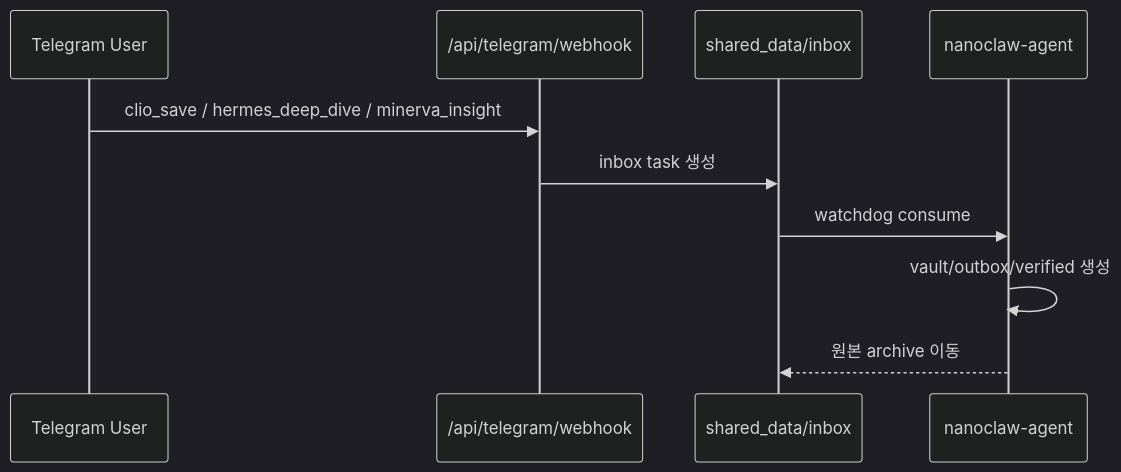
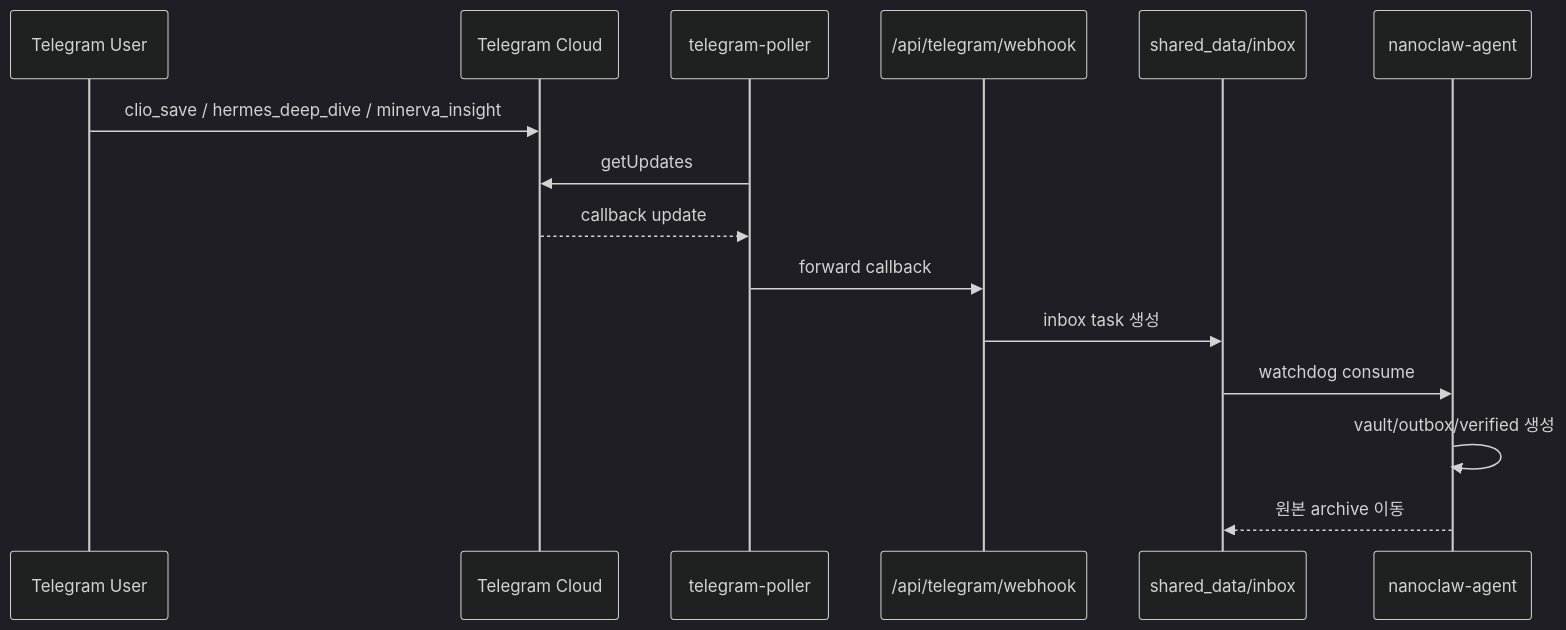
The fourth of 5 diagrams in docs/ARCHITECTURE.md (Merchantlee99/Personal-AI-agent-v2), drawn with Mermaid (dark theme) before and after one commit. The commit also changed other lines of this file and 136 other files, not shown here.

````diff
--- a/docs/ARCHITECTURE.md
+++ b/docs/ARCHITECTURE.md
@@ -100,13 +118,18 @@
 ```mermaid
 sequenceDiagram
   participant U as Telegram User
+  participant T as Telegram Cloud
+  participant TP as telegram-poller
   participant W as /api/telegram/webhook
   participant I as shared_data/inbox
   participant A as nanoclaw-agent
 
-  U->>W: clio_save / hermes_deep_dive / minerva_insight
+  U->>T: clio_save / hermes_deep_dive / minerva_insight
+  TP->>T: getUpdates
+  T-->>TP: callback update
+  TP->>W: forward callback
   W->>I: inbox task 생성
   I->>A: watchdog consume
   A->>A: vault/outbox/verified 생성
   A-->>I: 원본 archive 이동
 ```
````
